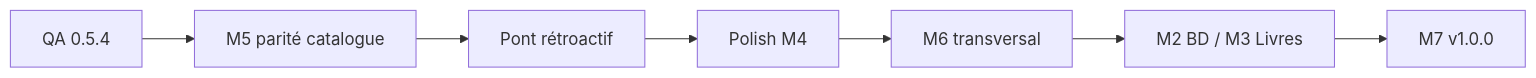
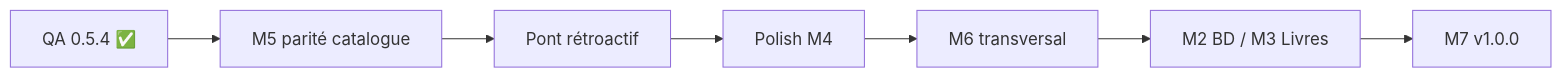
One commit to daryl40000/mediatheque changed the first of 2 diagrams in ROADMAP.md. Above: the diagram before and after it, drawn with Mermaid. The commit also changed other lines of this file, not shown here.

````diff
--- a/ROADMAP.md
+++ b/ROADMAP.md
@@ -83,9 +82,9 @@
 ```mermaid
 flowchart LR
-  A[QA 0.5.4] --> B[M5 parité catalogue]
+  A[QA 0.5.4 ✅] --> B[M5 parité catalogue]
   B --> C[Pont rétroactif]
   C --> D[Polish M4]
   D --> E[M6 transversal]
   E --> F[M2 BD / M3 Livres]
   F --> G[M7 v1.0.0]
 ```
````
